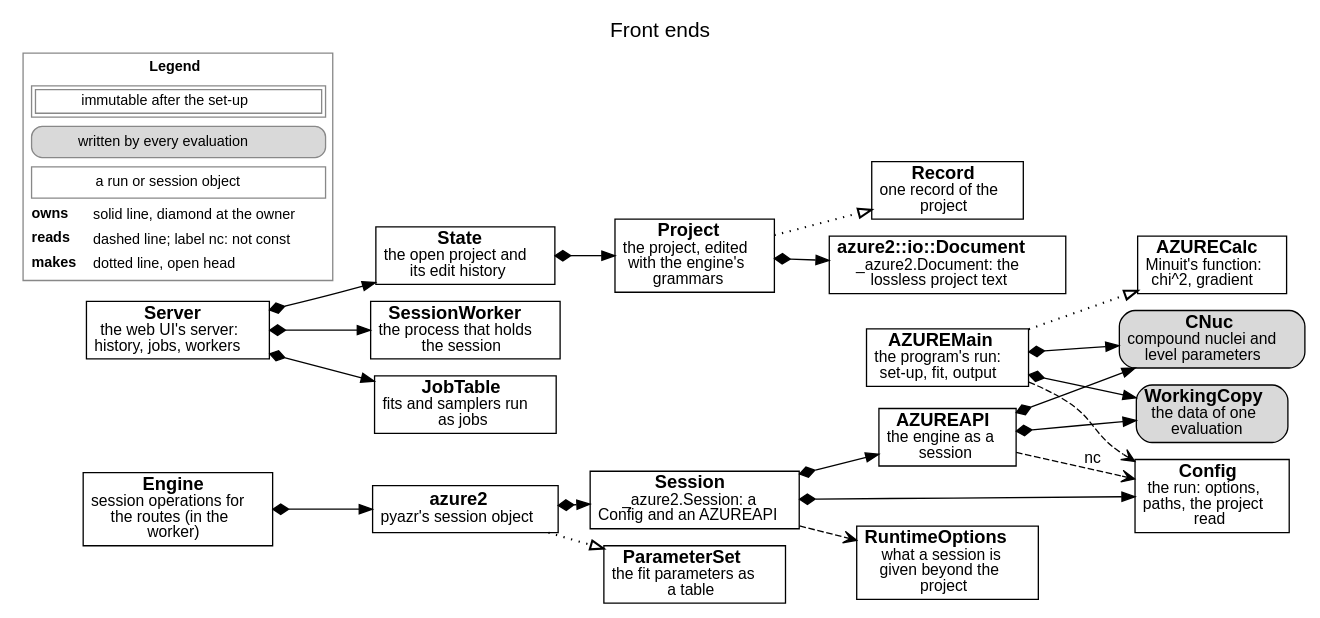
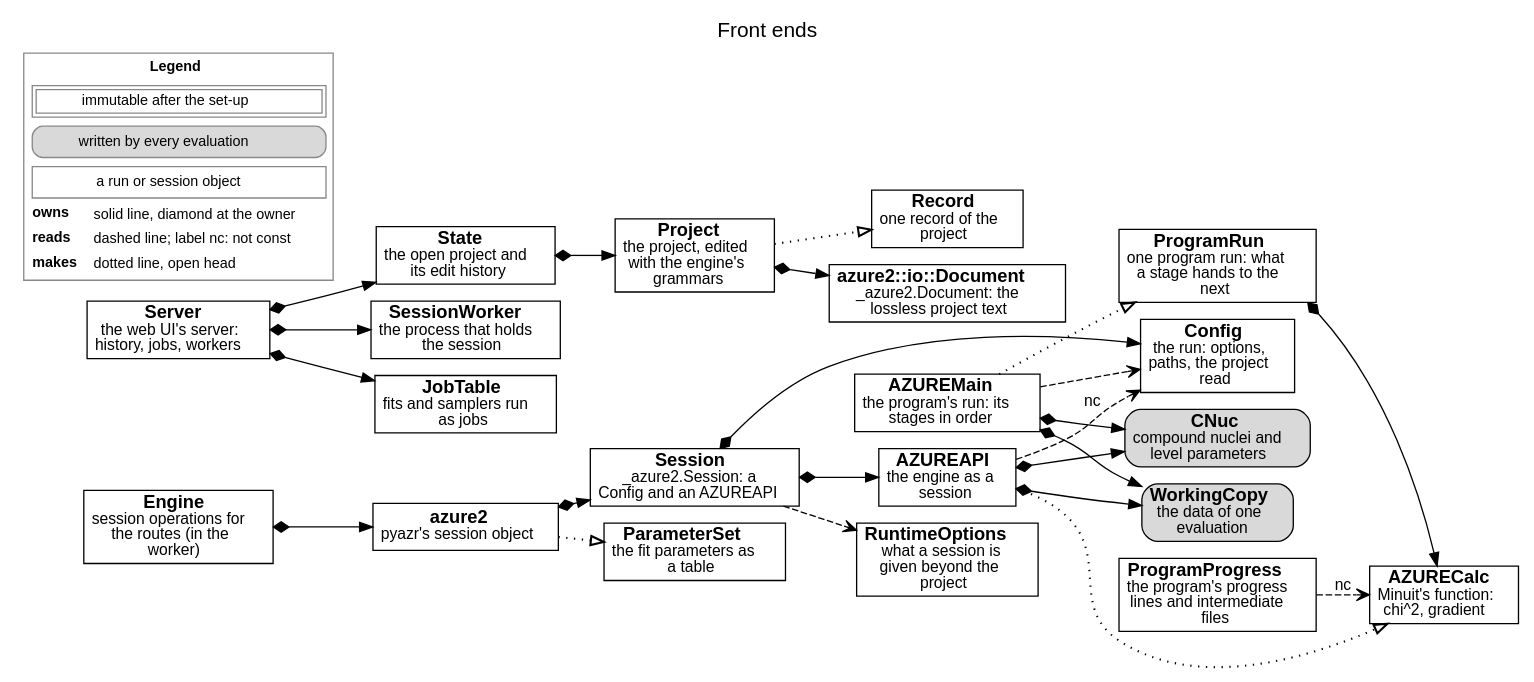
The diagram in docs/source/developer/figures/frontends.dot (AZURE2DEV/AZURE2), drawn with Graphviz before and after one commit. The commit also changed 35 other files, not shown here.

```diff
--- a/docs/source/developer/figures/frontends.dot
+++ b/docs/source/developer/figures/frontends.dot
@@ -1,43 +1,48 @@
 digraph frontends {
   graph [rankdir=LR, fontname="Helvetica", fontsize=16, labelloc=t, label="Front ends", nodesep=0.18, ranksep=0.3, newrank=true];
   node [fontname="Helvetica", fontsize=14, margin="0.08,0.04"];
   edge [fontname="Helvetica", fontsize=12];
-  n_AZUREMain [label=<<b>AZUREMain</b><br/><font point-size="12">the program&#x27;s run:<br/>set-up, fit, output</font>>, shape=box, style="filled", fillcolor="white"];
+  n_AZUREMain [label=<<b>AZUREMain</b><br/><font point-size="12">the program&#x27;s run: its<br/>stages in order</font>>, shape=box, style="filled", fillcolor="white"];
   n_Config [label=<<b>Config</b><br/><font point-size="12">the run: options,<br/>paths, the project<br/>read</font>>, shape=box, style="filled", fillcolor="white"];
   n_CNuc [label=<<b>CNuc</b><br/><font point-size="12">compound nuclei and<br/>level parameters</font>>, shape=box, style="rounded,filled", fillcolor="#d9d9d9"];
   n_WorkingCopy [label=<<b>WorkingCopy</b><br/><font point-size="12">the data of one<br/>evaluation</font>>, shape=box, style="rounded,filled", fillcolor="#d9d9d9"];
   n_AZURECalc [label=<<b>AZURECalc</b><br/><font point-size="12">Minuit&#x27;s function:<br/>chi^2, gradient</font>>, shape=box, style="filled", fillcolor="white"];
+  n_ProgramRun [label=<<b>ProgramRun</b><br/><font point-size="12">one program run: what<br/>a stage hands to the<br/>next</font>>, shape=box, style="filled", fillcolor="white"];
+  n_ProgramProgress [label=<<b>ProgramProgress</b><br/><font point-size="12">the program&#x27;s progress<br/>lines and intermediate<br/>files</font>>, shape=box, style="filled", fillcolor="white"];
   n_AZUREAPI [label=<<b>AZUREAPI</b><br/><font point-size="12">the engine as a<br/>session</font>>, shape=box, style="filled", fillcolor="white"];
   n_Session [label=<<b>Session</b><br/><font point-size="12">_azure2.Session: a<br/>Config and an AZUREAPI</font>>, shape=box, style="filled", fillcolor="white"];
   n_RuntimeOptions [label=<<b>RuntimeOptions</b><br/><font point-size="12">what a session is<br/>given beyond the<br/>project</font>>, shape=box, style="filled", fillcolor="white"];
   n_azure2 [label=<<b>azure2</b><br/><font point-size="12">pyazr&#x27;s session object</font>>, shape=box, style="filled", fillcolor="white"];
   n_ParameterSet [label=<<b>ParameterSet</b><br/><font point-size="12">the fit parameters as<br/>a table</font>>, shape=box, style="filled", fillcolor="white"];
   n_Project [label=<<b>Project</b><br/><font point-size="12">the project, edited<br/>with the engine&#x27;s<br/>grammars</font>>, shape=box, style="filled", fillcolor="white"];
   n_Record [label=<<b>Record</b><br/><font point-size="12">one record of the<br/>project</font>>, shape=box, style="filled", fillcolor="white"];
   n_azure2__io__Document [label=<<b>azure2::io::Document</b><br/><font point-size="12">_azure2.Document: the<br/>lossless project text</font>>, shape=box, style="filled", fillcolor="white"];
   n_Server [label=<<b>Server</b><br/><font point-size="12">the web UI&#x27;s server:<br/>history, jobs, workers</font>>, shape=box, style="filled", fillcolor="white"];
   n_State [label=<<b>State</b><br/><font point-size="12">the open project and<br/>its edit history</font>>, shape=box, style="filled", fillcolor="white"];
   n_SessionWorker [label=<<b>SessionWorker</b><br/><font point-size="12">the process that holds<br/>the session</font>>, shape=box, style="filled", fillcolor="white"];
   n_Engine [label=<<b>Engine</b><br/><font point-size="12">session operations for<br/>the routes (in the<br/>worker)</font>>, shape=box, style="filled", fillcolor="white"];
   n_JobTable [label=<<b>JobTable</b><br/><font point-size="12">fits and samplers run<br/>as jobs</font>>, shape=box, style="filled", fillcolor="white"];
   n_AZUREMain -> n_Config [style=dashed, arrowhead=vee];
   n_AZUREMain -> n_CNuc [style=solid, dir=both, arrowtail=diamond, arrowhead=normal];
   n_AZUREMain -> n_WorkingCopy [style=solid, dir=both, arrowtail=diamond, arrowhead=normal];
-  n_AZUREMain -> n_AZURECalc [style=dotted, penwidth=1.6, arrowhead=empty];
+  n_AZUREMain -> n_ProgramRun [style=dotted, penwidth=1.6, arrowhead=empty];
+  n_ProgramRun -> n_AZURECalc [style=solid, dir=both, arrowtail=diamond, arrowhead=normal];
+  n_ProgramProgress -> n_AZURECalc [style=dashed, arrowhead=vee, label=" nc"];
+  n_AZUREAPI -> n_AZURECalc [style=dotted, penwidth=1.6, arrowhead=empty];
   n_AZUREAPI -> n_Config [style=dashed, arrowhead=vee, label=" nc"];
   n_AZUREAPI -> n_CNuc [style=solid, dir=both, arrowtail=diamond, arrowhead=normal];
   n_AZUREAPI -> n_WorkingCopy [style=solid, dir=both, arrowtail=diamond, arrowhead=normal];
   n_Session -> n_Config [style=solid, dir=both, arrowtail=diamond, arrowhead=normal];
   n_Session -> n_AZUREAPI [style=solid, dir=both, arrowtail=diamond, arrowhead=normal];
   n_Session -> n_RuntimeOptions [style=dashed, arrowhead=vee];
   n_azure2 -> n_Session [style=solid, dir=both, arrowtail=diamond, arrowhead=normal];
   n_azure2 -> n_ParameterSet [style=dotted, penwidth=1.6, arrowhead=empty];
   n_Project -> n_azure2__io__Document [style=solid, dir=both, arrowtail=diamond, arrowhead=normal];
   n_Project -> n_Record [style=dotted, penwidth=1.6, arrowhead=empty];
   n_State -> n_Project [style=solid, dir=both, arrowtail=diamond, arrowhead=normal];
   n_Server -> n_State [style=solid, dir=both, arrowtail=diamond, arrowhead=normal];
   n_Server -> n_SessionWorker [style=solid, dir=both, arrowtail=diamond, arrowhead=normal];
   n_Server -> n_JobTable [style=solid, dir=both, arrowtail=diamond, arrowhead=normal];
   n_Engine -> n_azure2 [style=solid, dir=both, arrowtail=diamond, arrowhead=normal];
   legend [shape=plaintext, fontsize=11, label=<<TABLE BORDER="1" CELLBORDER="0" CELLSPACING="3" COLOR="#888888"><TR><TD COLSPAN="2"><B>Legend</B></TD></TR><TR><TD COLSPAN="2"><TABLE BORDER="1" CELLBORDER="1" CELLSPACING="2" CELLPADDING="2"><TR><TD>immutable after the set-up</TD></TR></TABLE></TD></TR><TR><TD COLSPAN="2"><TABLE BORDER="1" CELLBORDER="0" CELLPADDING="3" STYLE="rounded" BGCOLOR="#d9d9d9"><TR><TD>written by every evaluation</TD></TR></TABLE></TD></TR><TR><TD COLSPAN="2"><TABLE BORDER="1" CELLBORDER="0" CELLPADDING="3" ><TR><TD>a run or session object</TD></TR></TABLE></TD></TR><TR><TD ALIGN="LEFT"><B>owns</B></TD><TD ALIGN="LEFT">solid line, diamond at the owner</TD></TR><TR><TD ALIGN="LEFT"><B>reads</B></TD><TD ALIGN="LEFT">dashed line; label nc: not const</TD></TR><TR><TD ALIGN="LEFT"><B>makes</B></TD><TD ALIGN="LEFT">dotted line, open head</TD></TR></TABLE>>];
 }
```
